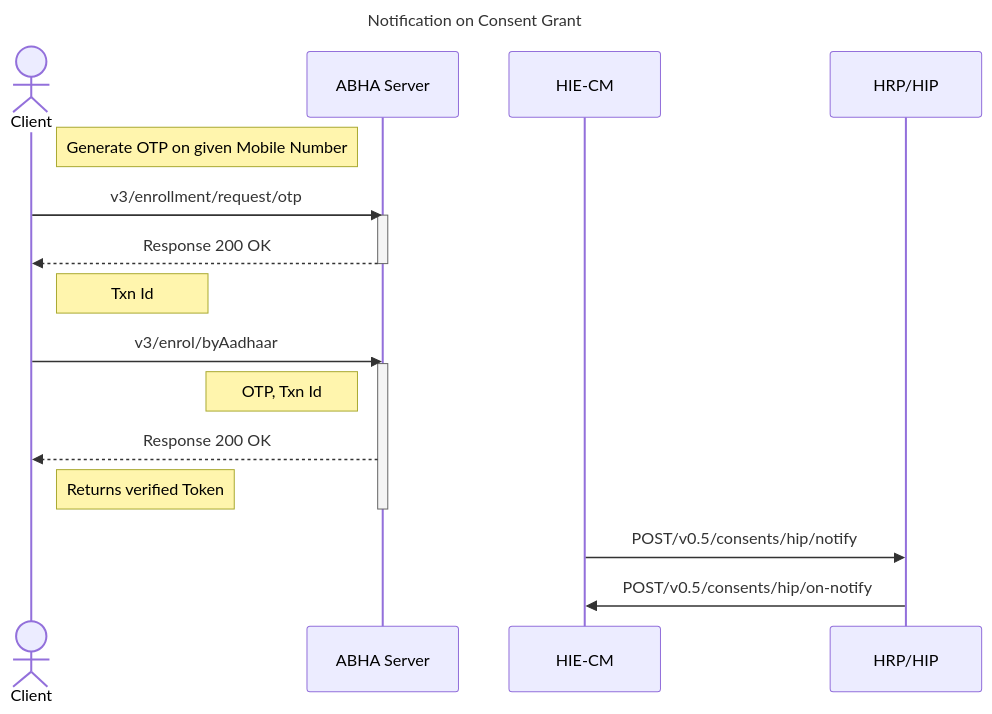
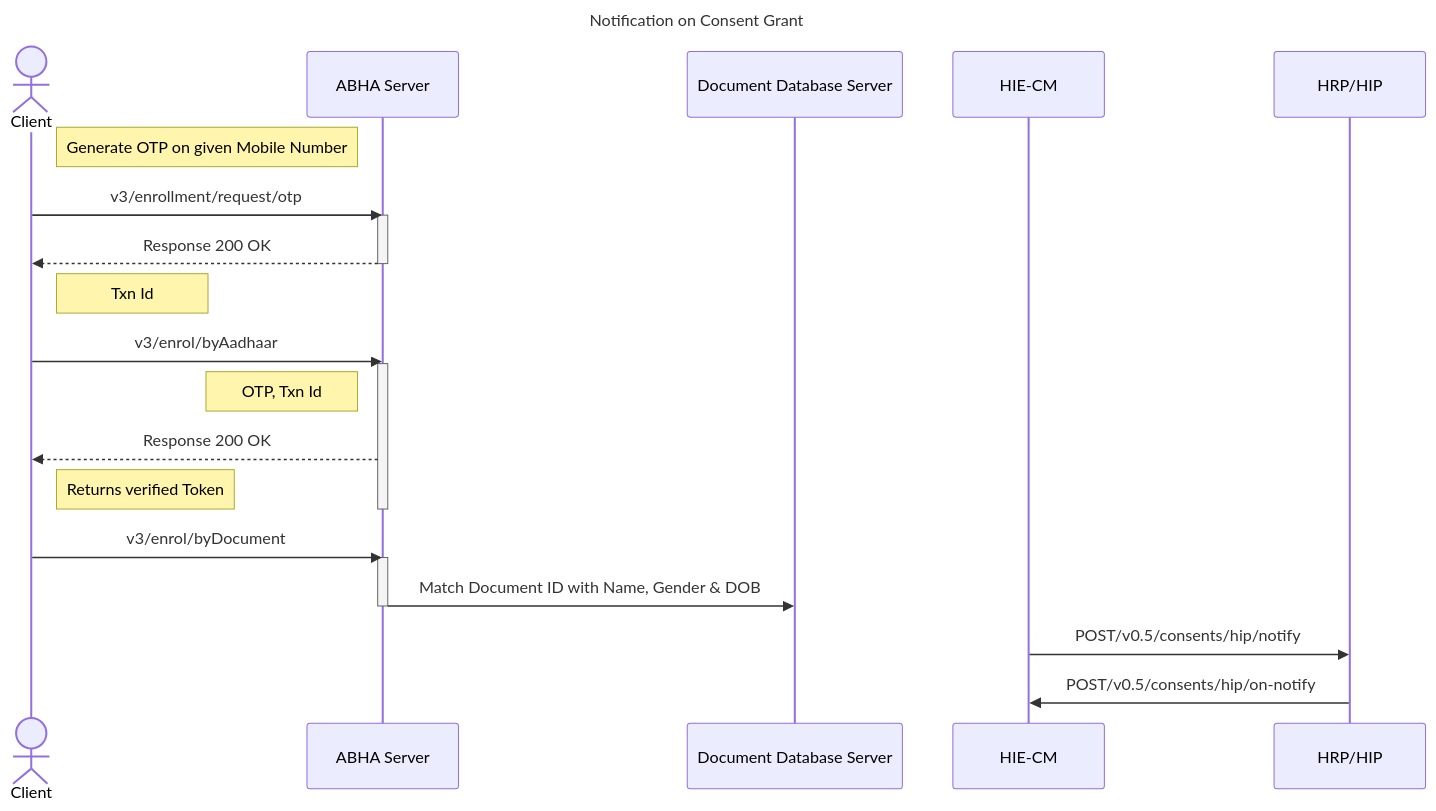
The diagram in content/2-milestone1/abha-number/TEST-driving-license.md (kiranma72/abdm-docs), drawn with Mermaid before and after one commit.

Commit message:
test driving licence commit 10 19 lines

```diff
--- a/content/2-milestone1/abha-number/TEST-driving-license.md
+++ b/content/2-milestone1/abha-number/TEST-driving-license.md
@@ -84,19 +84,23 @@
 {{< mermaid >}}
 sequenceDiagram
 title Notification on Consent Grant
 actor Client
 Note right of Client: Generate OTP on given Mobile Number
 Client->>ABHA Server:v3/enrollment/request/otp
 activate ABHA Server
 ABHA Server-->> Client: Response 200 OK
 deactivate ABHA Server
 Note right of Client: Txn Id
 Client->>ABHA Server:v3/enrol/byAadhaar
 activate ABHA Server
 Note left of ABHA Server: OTP, Txn Id
 ABHA Server-->> Client: Response 200 OK
 Note right of Client: Returns verified Token
 deactivate ABHA Server
+Client->>ABHA Server:v3/enrol/byDocument
+activate ABHA Server
+ABHA Server->> Document Database Server: Match Document ID with Name, Gender & DOB
+deactivate ABHA Server
 HIE-CM->>HRP/HIP: POST/v0.5/consents/hip/notify
 HRP/HIP->>HIE-CM: POST/v0.5/consents/hip/on-notify
 {{< /mermaid >}}
```
